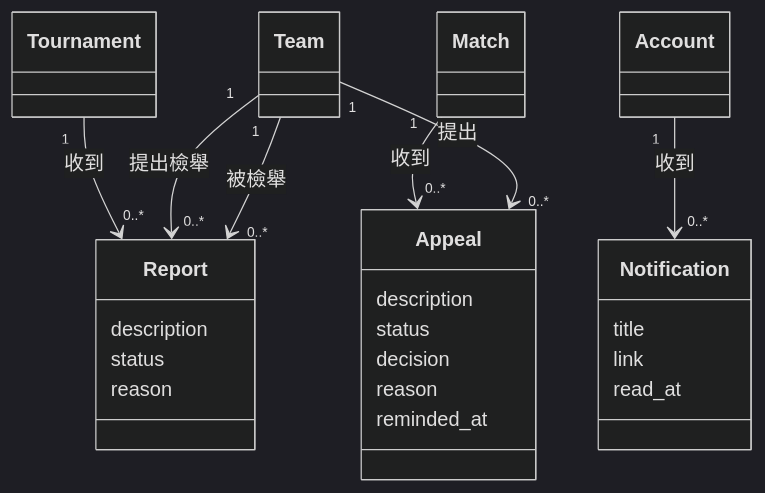
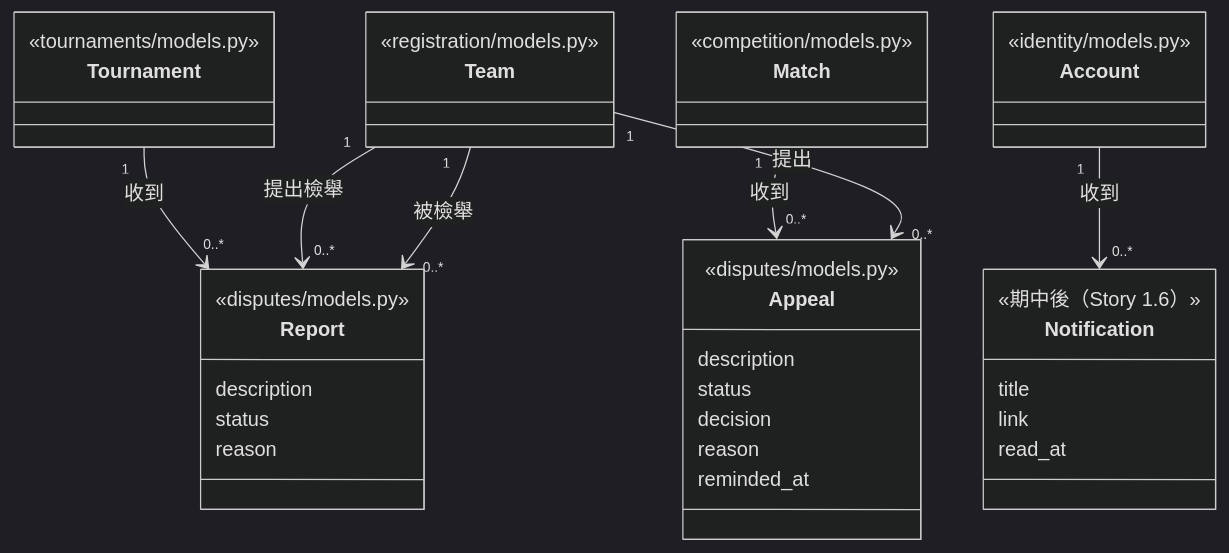
One commit to Team14good/esport-platform changed diagram 16 of 19 in docs/midterm/B-軟體需求分析文件.md. Above: the diagram before and after it, drawn with Mermaid (dark theme). The commit also changed other lines of this file and 27 other files, not shown here.

First line of the commit message:
docs: B、C、D 其餘的圖全部對照程式標註 (#92)

````diff
--- a/docs/midterm/B-軟體需求分析文件.md
+++ b/docs/midterm/B-軟體需求分析文件.md
@@ -1346,30 +1407,41 @@
 ```mermaid
 classDiagram
-  class Tournament
-  class Team
-  class Match
-  class Account
+  class Tournament {
+    <<tournaments/models.py>>
+  }
+  class Team {
+    <<registration/models.py>>
+  }
+  class Match {
+    <<competition/models.py>>
+  }
+  class Account {
+    <<identity/models.py>>
+  }
   class Appeal {
+    <<disputes/models.py>>
     description
     status
     decision
     reason
     reminded_at
   }
   class Report {
+    <<disputes/models.py>>
     description
     status
     reason
   }
   class Notification {
+    <<期中後（Story 1.6）>>
     title
     link
     read_at
   }
   Match "1" --> "0..*" Appeal : 收到
   Team "1" --> "0..*" Appeal : 提出
   Tournament "1" --> "0..*" Report : 收到
   Team "1" --> "0..*" Report : 提出檢舉
   Team "1" --> "0..*" Report : 被檢舉
   Account "1" --> "0..*" Notification : 收到
 ```
````
